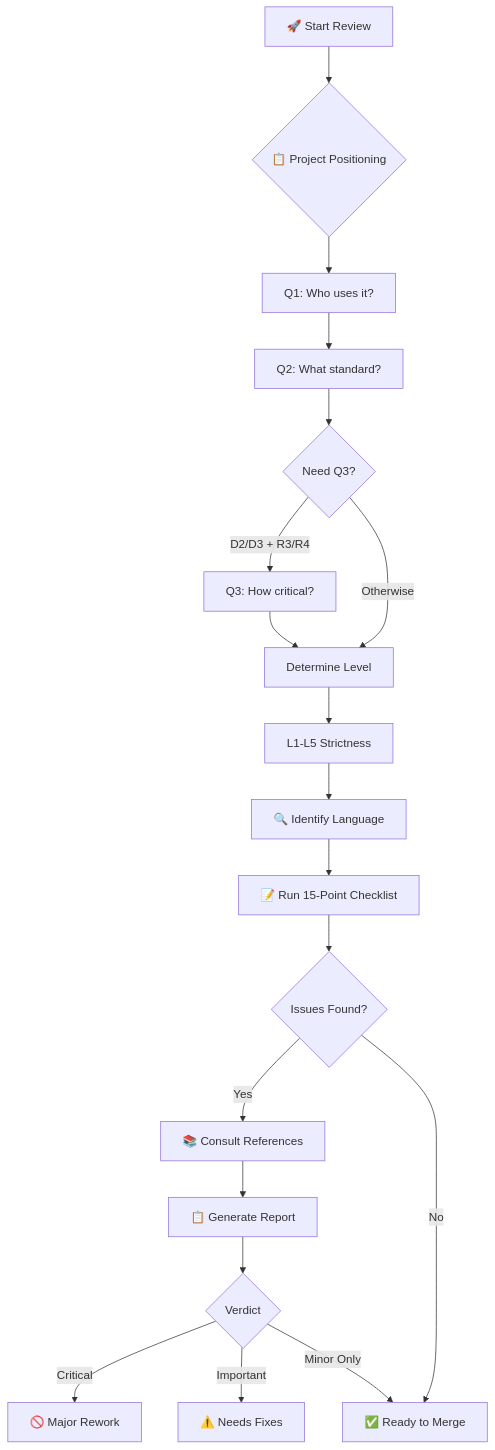
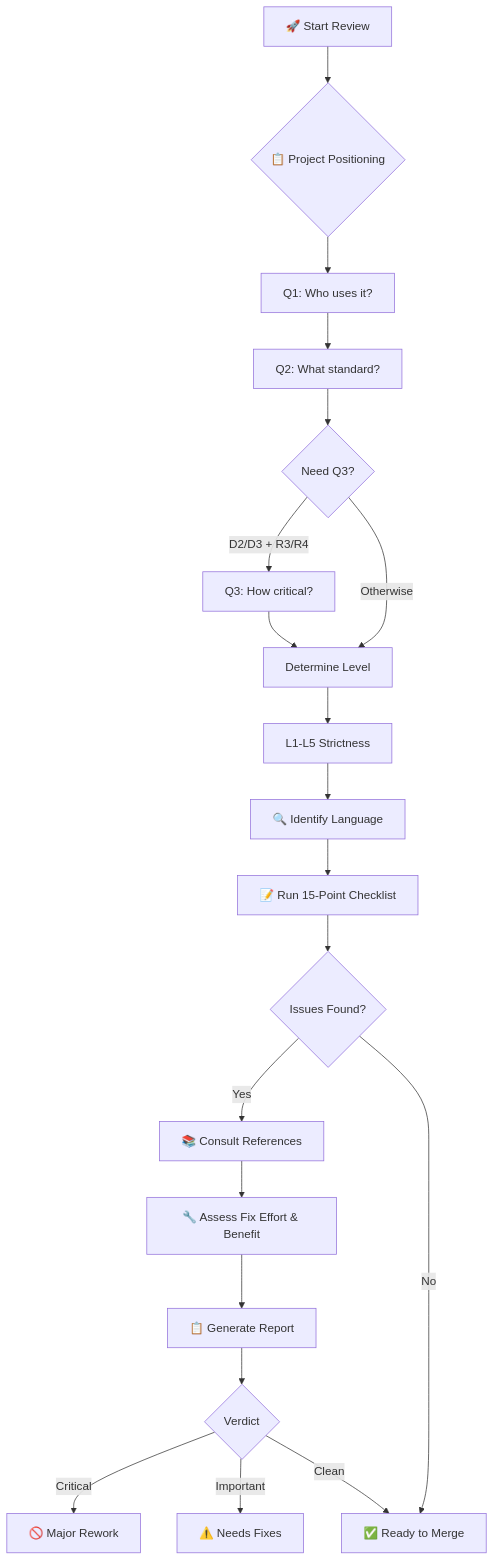
Before and after one commit to Zhen-Bo/pragmatic-clean-code-reviewer: the diagram in docs/features.md, drawn with Mermaid. The commit also changed other lines of this file and 5 other files, not shown here.

````diff
--- a/docs/features.md
+++ b/docs/features.md
@@ -107,26 +114,27 @@
 ```mermaid
 flowchart TD
     A[🚀 Start Review] --> B{📋 Project Positioning}
     B --> C[Q1: Who uses it?]
     C --> D[Q2: What standard?]
     D --> E{Need Q3?}
     
     E -->|D2/D3 + R3/R4| F[Q3: How critical?]
     E -->|Otherwise| G[Determine Level]
     F --> G
     
     G --> H[L1-L5 Strictness]
     H --> I[🔍 Identify Language]
     I --> J[📝 Run 15-Point Checklist]
     J --> K{Issues Found?}
 
     K -->|Yes| L[📚 Consult References]
     K -->|No| M[✅ Ready to Merge]
 
-    L --> N[📋 Generate Report]
+    L --> L2[🔧 Assess Fix Effort & Benefit]
+    L2 --> N[📋 Generate Report]
     N --> O{Verdict}
 
     O -->|Critical| P[🚫 Major Rework]
     O -->|Important| Q[⚠️ Needs Fixes]
-    O -->|Minor Only| M
+    O -->|Clean| M
 ```
````
